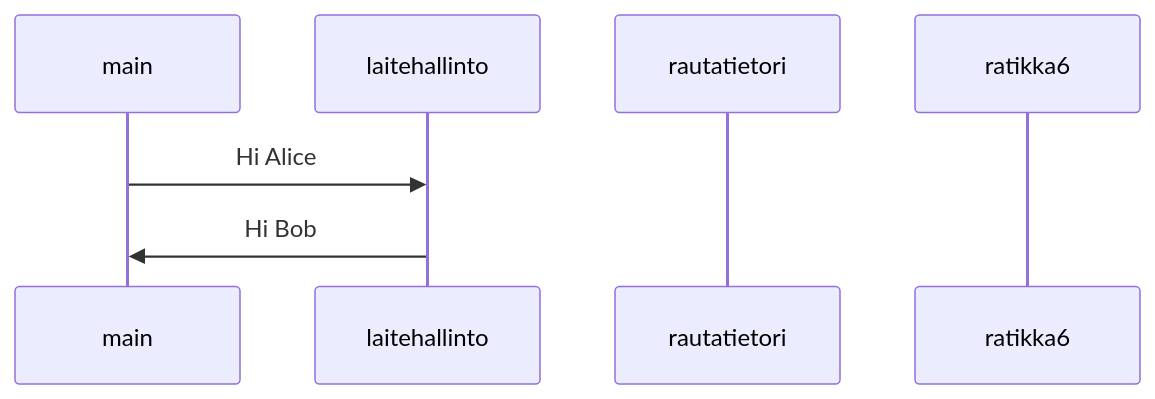
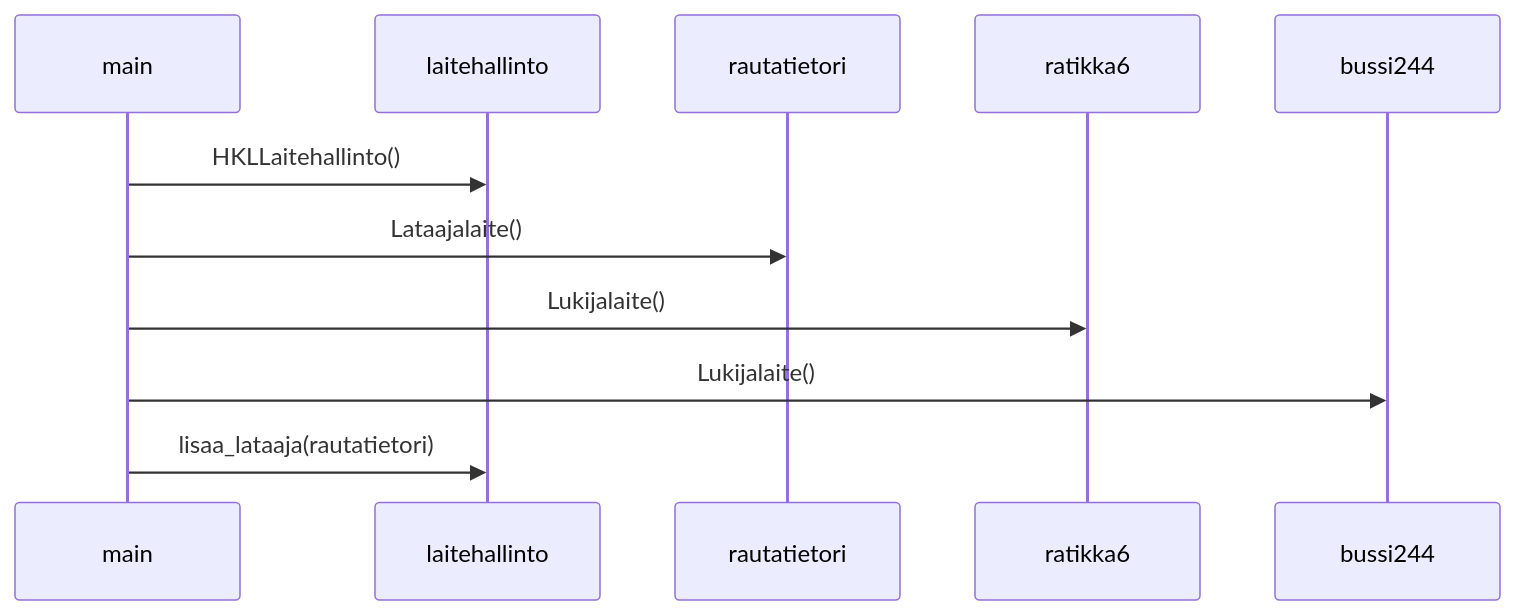
Before and after one commit to hannat1/ot-harjoitustyo: the diagram in laskarit/viikko3/hlsmatkakortti.md, drawn with Mermaid.

````diff
--- a/laskarit/viikko3/hlsmatkakortti.md
+++ b/laskarit/viikko3/hlsmatkakortti.md
@@ -3,9 +3,18 @@
 ```mermaid
 sequenceDiagram
     participant main
     participant laitehallinto
     participant rautatietori
-    main->>laitehallinto: Hi Alice
-    laitehallinto->>main: Hi Bob
     participant ratikka6
+    participant bussi244
+
+    main->>laitehallinto: HKLLaitehallinto()
+    main->>rautatietori: Lataajalaite()
+    main->>ratikka6: Lukijalaite()
+    main->>bussi244: Lukijalaite()
+
+    main->>laitehallinto: lisaa_lataaja(rautatietori)
+
+
+
 ```
````
